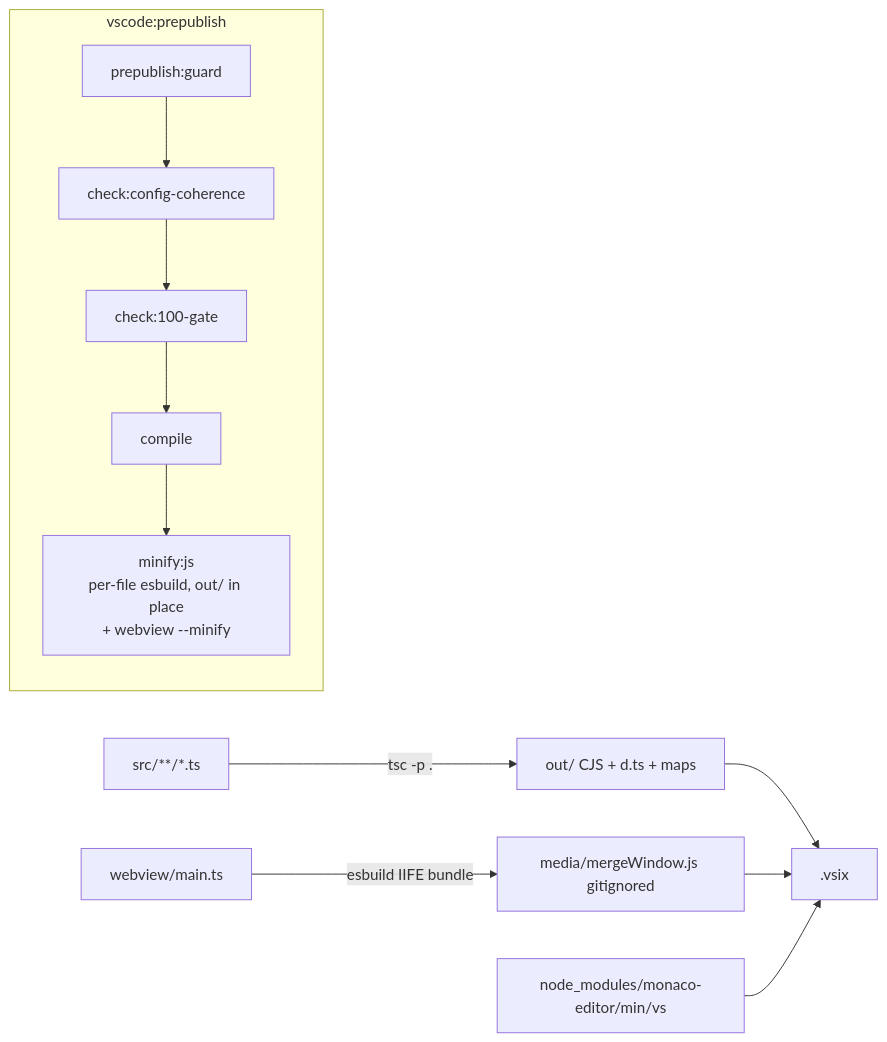
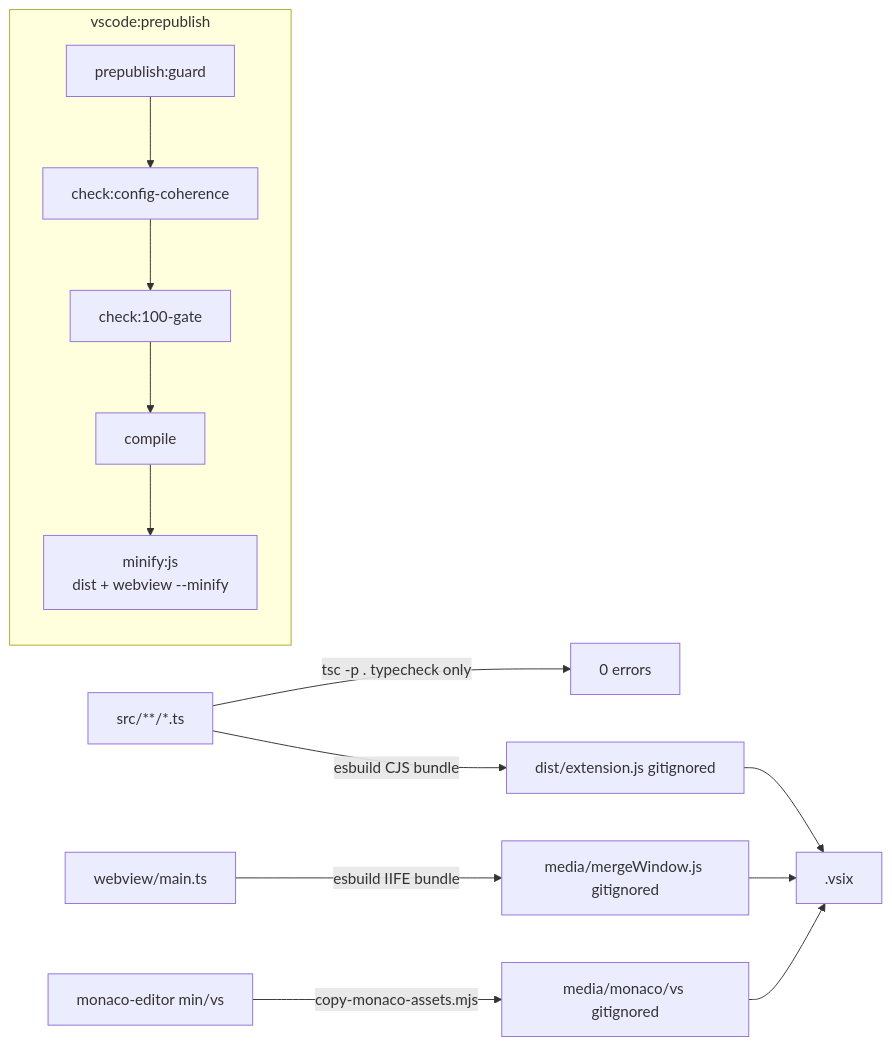
The sixth of 6 diagrams in docs/ARCHITECTURE.md (KHC831/intellig), drawn with Mermaid before and after one commit. The commit also changed other lines of this file and 23 other files, not shown here.

First line of the commit message:
Bundle the extension host with esbuild; ship no node_modules (ADR-015)

````diff
--- a/docs/ARCHITECTURE.md
+++ b/docs/ARCHITECTURE.md
@@ -411,11 +411,13 @@
 ```mermaid
 flowchart LR
-    TS[src/**/*.ts] -->|tsc -p .| OUT[out/ CJS + d.ts + maps]
+    TS[src/**/*.ts] -->|tsc -p . typecheck only| CHECK[0 errors]
+    TS -->|esbuild CJS bundle| DIST[dist/extension.js gitignored]
     WV[webview/main.ts] -->|esbuild IIFE bundle| MEDIA[media/mergeWindow.js gitignored]
-    OUT --> VSIX
+    MONACO[monaco-editor min/vs] -->|copy-monaco-assets.mjs| MEDIAMON[media/monaco/vs gitignored]
+    DIST --> VSIX[.vsix]
     MEDIA --> VSIX
-    MONACO[node_modules/monaco-editor/min/vs] --> VSIX[.vsix]
+    MEDIAMON --> VSIX
     subgraph prepublish [vscode:prepublish]
-        GUARD[prepublish:guard] --> COH[check:config-coherence] --> GATE100[check:100-gate] --> COMPILE[compile] --> MIN[minify:js\nper-file esbuild, out/ in place\n+ webview --minify]
+        GUARD[prepublish:guard] --> COH[check:config-coherence] --> GATE100[check:100-gate] --> COMPILE[compile] --> MIN[minify:js\ndist + webview --minify]
     end
 ```
````
